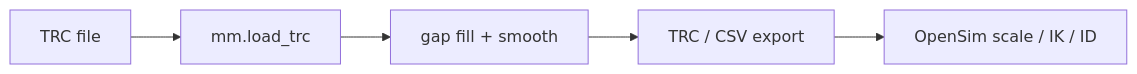
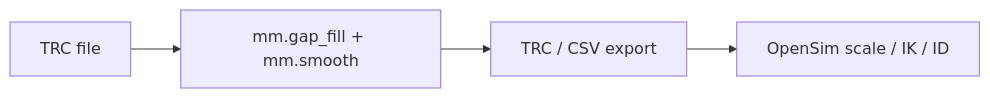
Before and after one commit to chags1313/monomech: the second of 2 diagrams in docs/stages/index.md, drawn with Mermaid. The commit also changed other lines of this file and 24 other files, not shown here.

````diff
--- a/docs/stages/index.md
+++ b/docs/stages/index.md
@@ -20,7 +19,6 @@
 ```mermaid
 flowchart LR
-    trc["TRC file"] --> load["mm.load_trc"]
-    load --> clean["gap fill + smooth"]
+    trc["TRC file"] --> clean["mm.gap_fill + mm.smooth"]
     clean --> export["TRC / CSV export"]
     export --> opensim["OpenSim scale / IK / ID"]
 ```
````
